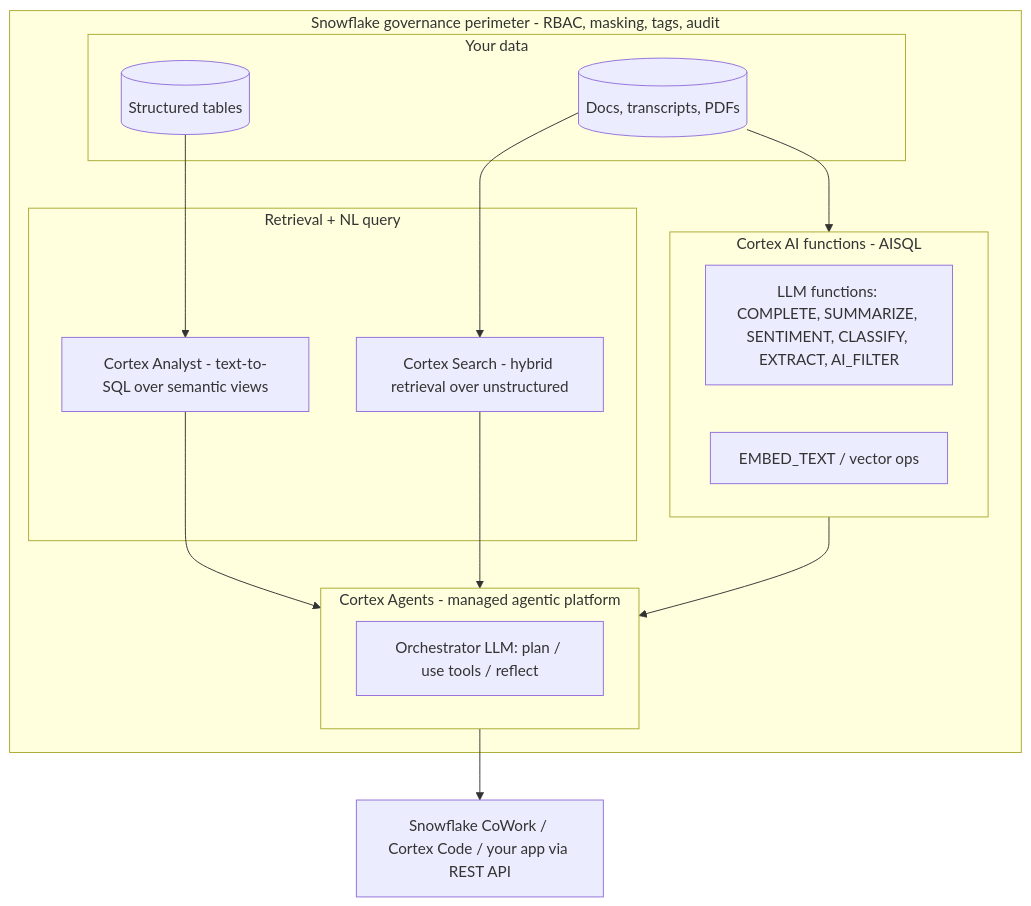
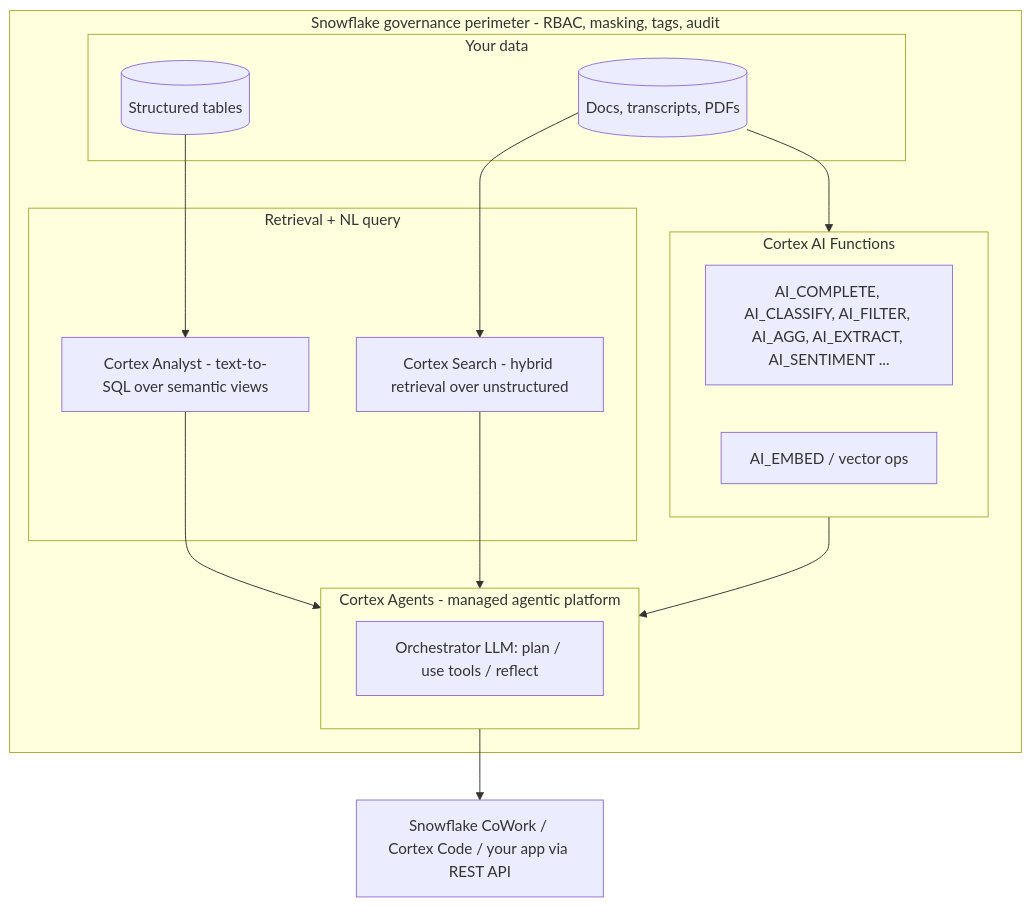
The diagram in content/Snowflake-Cortex/index.md (klnjoy/offerready), drawn with Mermaid before and after one commit. The commit also changed other lines of this file and 116 other files, not shown here.

````diff
--- a/content/Snowflake-Cortex/index.md
+++ b/content/Snowflake-Cortex/index.md
@@ -37,27 +54,27 @@
 ```mermaid
 flowchart TB
     subgraph PERIMETER[Snowflake governance perimeter - RBAC, masking, tags, audit]
         subgraph DATA[Your data]
             STRUCT[(Structured tables)]
             UNSTRUCT[(Docs, transcripts, PDFs)]
         end
-        subgraph FUNC[Cortex AI functions - AISQL]
-            LLM[LLM functions: COMPLETE, SUMMARIZE, SENTIMENT, CLASSIFY, EXTRACT, AI_FILTER]
-            EMB[EMBED_TEXT / vector ops]
+        subgraph FUNC[Cortex AI Functions]
+            LLM[AI_COMPLETE, AI_CLASSIFY, AI_FILTER, AI_AGG, AI_EXTRACT, AI_SENTIMENT ...]
+            EMB[AI_EMBED / vector ops]
         end
         subgraph RETR[Retrieval + NL query]
             SEARCH[Cortex Search - hybrid retrieval over unstructured]
             ANALYST[Cortex Analyst - text-to-SQL over semantic views]
         end
         subgraph AGENT[Cortex Agents - managed agentic platform]
             ORCH[Orchestrator LLM: plan / use tools / reflect]
         end
     end
     STRUCT --> ANALYST
     UNSTRUCT --> SEARCH
     UNSTRUCT --> FUNC
     ANALYST --> AGENT
     SEARCH --> AGENT
     FUNC --> AGENT
     AGENT --> APPS[Snowflake CoWork / Cortex Code / your app via REST API]
 ```
````
